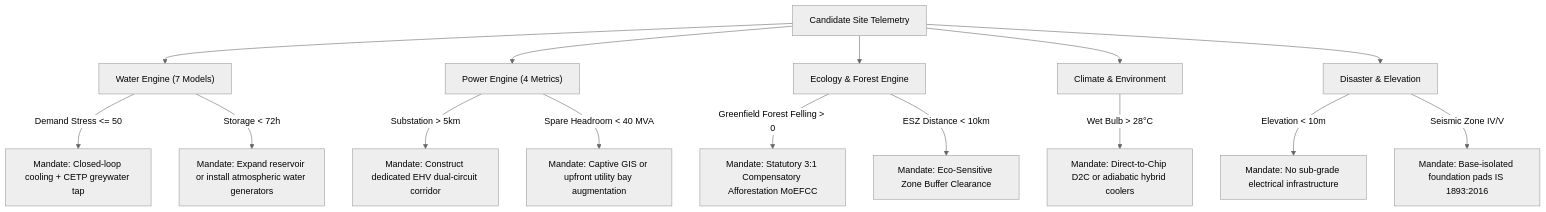
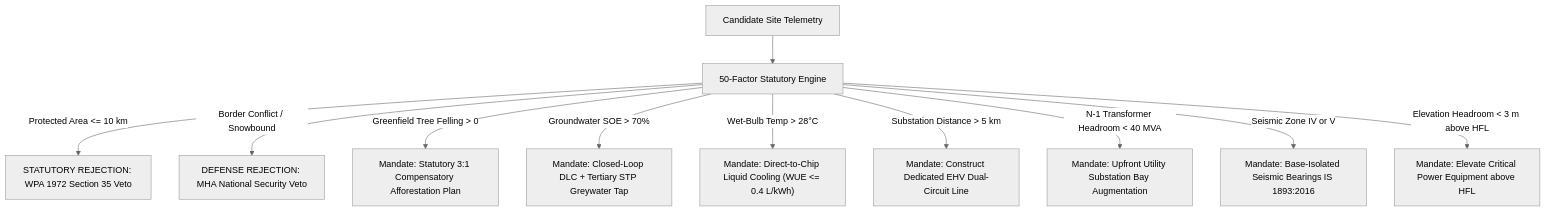
Before and after one commit to Drona-jadhav7/SuperIndia.ai: the diagram in README.md, drawn with Mermaid (neutral theme). The commit also changed other lines of this file and 40 other files, not shown here.

First line of the commit message:
feat: implement 50-factor sovereign siting matrix, statutory vetoes, 100-test suite & UI improvements

````diff
--- a/README.md
+++ b/README.md
@@ -164,18 +192,14 @@
 ```mermaid
 flowchart TD
-    Site["Candidate Site Telemetry"] --> W["Water Engine (7 Models)"]
-    Site --> P["Power Engine (4 Metrics)"]
-    Site --> E["Ecology & Forest Engine"]
-    Site --> C["Climate & Environment"]
-    Site --> D["Disaster & Elevation"]
+    Site["Candidate Site Telemetry"] --> Engine["50-Factor Statutory Engine"]
     
-    E -->|Greenfield Forest Felling > 0| M0["Mandate: Statutory 3:1 Compensatory Afforestation MoEFCC"]
-    E -->|ESZ Distance < 10km| ME["Mandate: Eco-Sensitive Zone Buffer Clearance"]
-    W -->|Demand Stress <= 50| M1["Mandate: Closed-loop cooling + CETP greywater tap"]
-    D -->|Elevation < 10m| M2["Mandate: No sub-grade electrical infrastructure"]
-    P -->|Substation > 5km| M3["Mandate: Construct dedicated EHV dual-circuit corridor"]
-    P -->|Spare Headroom < 40 MVA| M4["Mandate: Captive GIS or upfront utility bay augmentation"]
-    W -->|Storage < 72h| M5["Mandate: Expand reservoir or install atmospheric water generators"]
-    C -->|Wet Bulb > 28°C| M6["Mandate: Direct-to-Chip D2C or adiabatic hybrid coolers"]
-    D -->|Seismic Zone IV/V| M7["Mandate: Base-isolated foundation pads IS 1893:2016"]
+    Engine -->|Protected Area <= 10 km| V1["STATUTORY REJECTION: WPA 1972 Section 35 Veto"]
+    Engine -->|Border Conflict / Snowbound| V2["DEFENSE REJECTION: MHA National Security Veto"]
+    Engine -->|Greenfield Tree Felling > 0| M1["Mandate: Statutory 3:1 Compensatory Afforestation Plan"]
+    Engine -->|Groundwater SOE > 70%| M2["Mandate: Closed-Loop DLC + Tertiary STP Greywater Tap"]
+    Engine -->|Wet-Bulb Temp > 28°C| M3["Mandate: Direct-to-Chip Liquid Cooling (WUE <= 0.4 L/kWh)"]
+    Engine -->|Substation Distance > 5 km| M4["Mandate: Construct Dedicated EHV Dual-Circuit Line"]
+    Engine -->|N-1 Transformer Headroom < 40 MVA| M5["Mandate: Upfront Utility Substation Bay Augmentation"]
+    Engine -->|Seismic Zone IV or V| M6["Mandate: Base-Isolated Seismic Bearings IS 1893:2016"]
+    Engine -->|Elevation Headroom < 3 m above HFL| M7["Mandate: Elevate Critical Power Equipment above HFL"]
 ```
````
